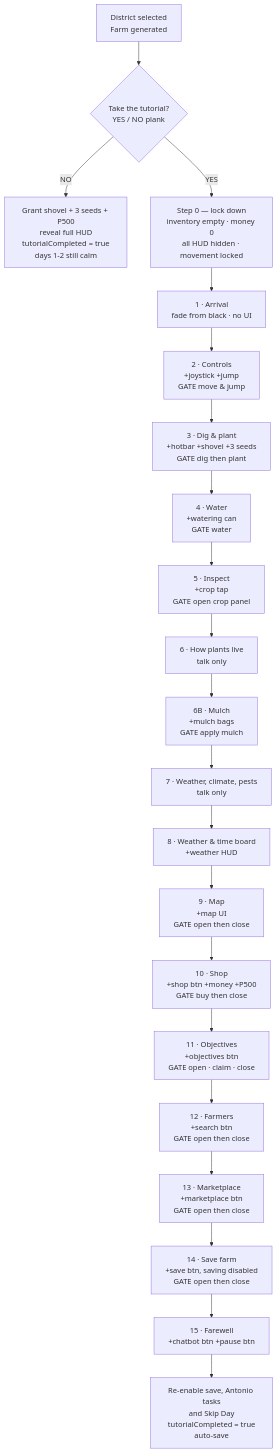
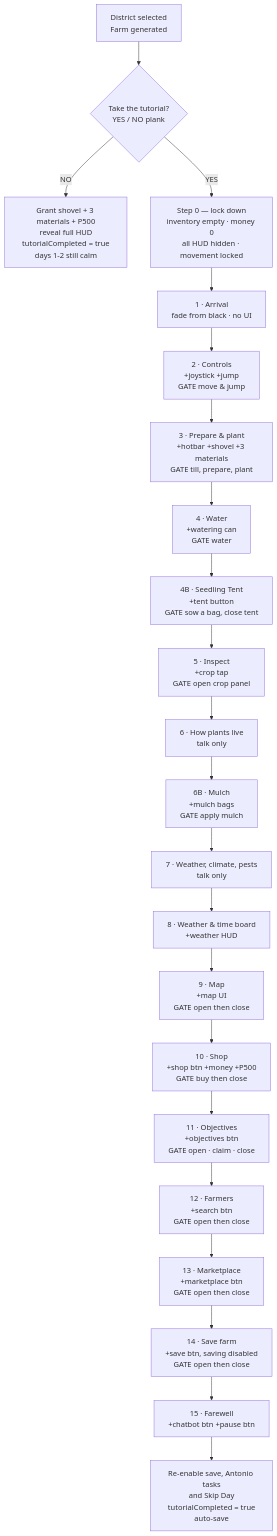
Before and after one commit to DanielCGal/AgriDabao2ndVer: the diagram in Docs/Antonio_Tutorial_Script.md, drawn with Mermaid. The commit also changed other lines of this file and 141 other files, not shown here.

````diff
--- a/Docs/Antonio_Tutorial_Script.md
+++ b/Docs/Antonio_Tutorial_Script.md
@@ -79,23 +80,24 @@
 ```mermaid
 flowchart TD
     A["District selected<br/>Farm generated"] --> T{"Take the tutorial?<br/>YES / NO plank"}
-    T -->|NO| Z["Grant shovel + 3 seeds + P500<br/>reveal full HUD<br/>tutorialCompleted = true<br/>days 1-2 still calm"]
+    T -->|NO| Z["Grant shovel + 3 materials + P500<br/>reveal full HUD<br/>tutorialCompleted = true<br/>days 1-2 still calm"]
     T -->|YES| B["Step 0 — lock down<br/>inventory empty · money 0<br/>all HUD hidden · movement locked"]
     B --> C["1 · Arrival<br/>fade from black · no UI"]
     C --> D["2 · Controls<br/>+joystick +jump<br/>GATE move & jump"]
-    D --> E["3 · Dig & plant<br/>+hotbar +shovel +3 seeds<br/>GATE dig then plant"]
+    D --> E["3 · Prepare & plant<br/>+hotbar +shovel +3 materials<br/>GATE till, prepare, plant"]
     E --> F["4 · Water<br/>+watering can<br/>GATE water"]
-    F --> G["5 · Inspect<br/>+crop tap<br/>GATE open crop panel"]
+    F --> F2["4B · Seedling Tent<br/>+tent button<br/>GATE sow a bag, close tent"]
+    F2 --> G["5 · Inspect<br/>+crop tap<br/>GATE open crop panel"]
     G --> H["6 · How plants live<br/>talk only"]
     H --> H2["6B · Mulch<br/>+mulch bags<br/>GATE apply mulch"]
     H2 --> I["7 · Weather, climate, pests<br/>talk only"]
     I --> J["8 · Weather & time board<br/>+weather HUD"]
     J --> K["9 · Map<br/>+map UI<br/>GATE open then close"]
     K --> L["10 · Shop<br/>+shop btn +money +P500<br/>GATE buy then close"]
     L --> M["11 · Objectives<br/>+objectives btn<br/>GATE open · claim · close"]
     M --> N["12 · Farmers<br/>+search btn<br/>GATE open then close"]
     N --> O["13 · Marketplace<br/>+marketplace btn<br/>GATE open then close"]
     O --> P["14 · Save farm<br/>+save btn, saving disabled<br/>GATE open then close"]
     P --> Q["15 · Farewell<br/>+chatbot btn +pause btn"]
     Q --> R["Re-enable save, Antonio tasks<br/>and Skip Day<br/>tutorialCompleted = true<br/>auto-save"]
 ```
````
